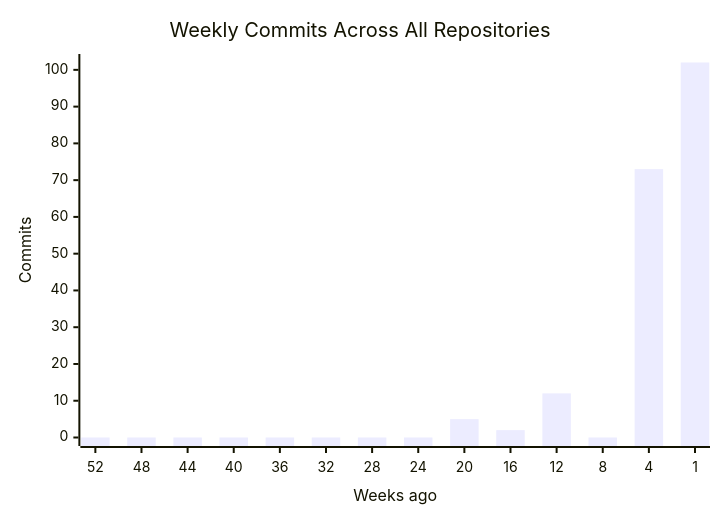
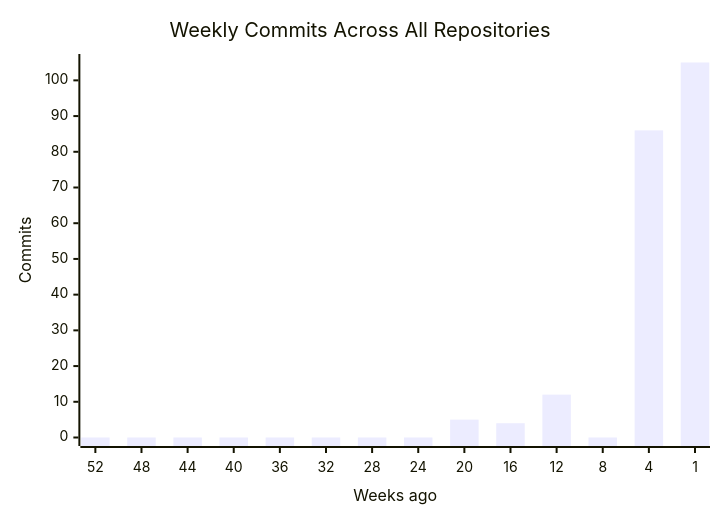
The first of 4 diagrams in profile/README.md (CSTH-Projects/.github), drawn with Mermaid before and after one commit. The commit also changed other lines of this file, not shown here.

````diff
--- a/profile/README.md
+++ b/profile/README.md
@@ -15,7 +15,7 @@
 ```mermaid
 xychart-beta
     title "Weekly Commits Across All Repositories"
     x-axis "Weeks ago" [52, 48, 44, 40, 36, 32, 28, 24, 20, 16, 12, 8, 4, 1]
     y-axis "Commits"
-    bar [0, 0, 0, 0, 0, 0, 0, 0, 5, 2, 12, 0, 73, 102]
+    bar [0, 0, 0, 0, 0, 0, 0, 0, 5, 4, 12, 0, 86, 105]
 ```
````
